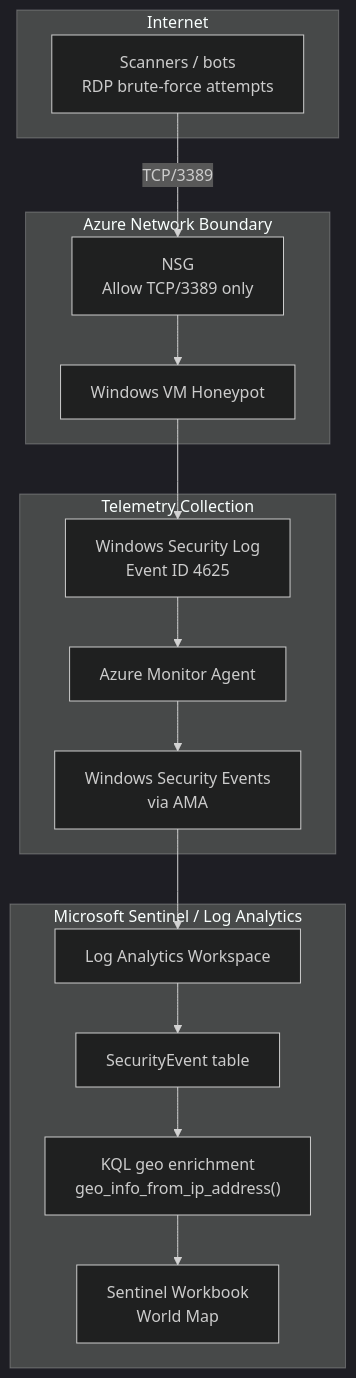
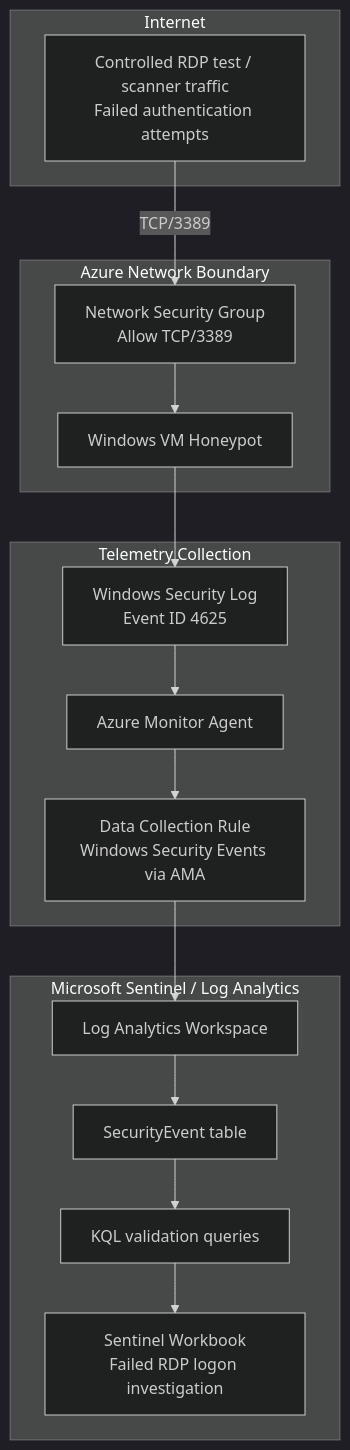
One commit to jason-victor1/sentinel-honeypot-rdp-v1 changed the diagram in README.md. Above: the diagram before and after it, drawn with Mermaid (dark theme). The commit also changed other lines of this file, not shown here.

Commit message:
docs: finalize Sentinel honeypot lab evidence and cleanup

````diff
--- a/README.md
+++ b/README.md
@@ -20,34 +21,34 @@
 ```mermaid
 flowchart TD
     subgraph Internet["Internet"]
-        A["Scanners / bots<br/>RDP brute-force attempts"]
+        A["Controlled RDP test / scanner traffic<br/>Failed authentication attempts"]
     end
 
     subgraph AzureNetwork["Azure Network Boundary"]
-        B["NSG<br/>Allow TCP/3389 only"]
+        B["Network Security Group<br/>Allow TCP/3389"]
         C["Windows VM Honeypot"]
     end
 
     subgraph Telemetry["Telemetry Collection"]
         D["Windows Security Log<br/>Event ID 4625"]
         E["Azure Monitor Agent"]
-        F["Windows Security Events<br/>via AMA"]
+        F["Data Collection Rule<br/>Windows Security Events via AMA"]
     end
 
     subgraph SIEM["Microsoft Sentinel / Log Analytics"]
         G["Log Analytics Workspace"]
         H["SecurityEvent table"]
-        I["KQL geo enrichment<br/>geo_info_from_ip_address()"]
-        J["Sentinel Workbook<br/>World Map"]
+        I["KQL validation queries"]
+        J["Sentinel Workbook<br/>Failed RDP logon investigation"]
     end
 
     A -->|"TCP/3389"| B
     B --> C
     C --> D
     D --> E
     E --> F
     F --> G
     G --> H
     H --> I
     I --> J
 ```
````
